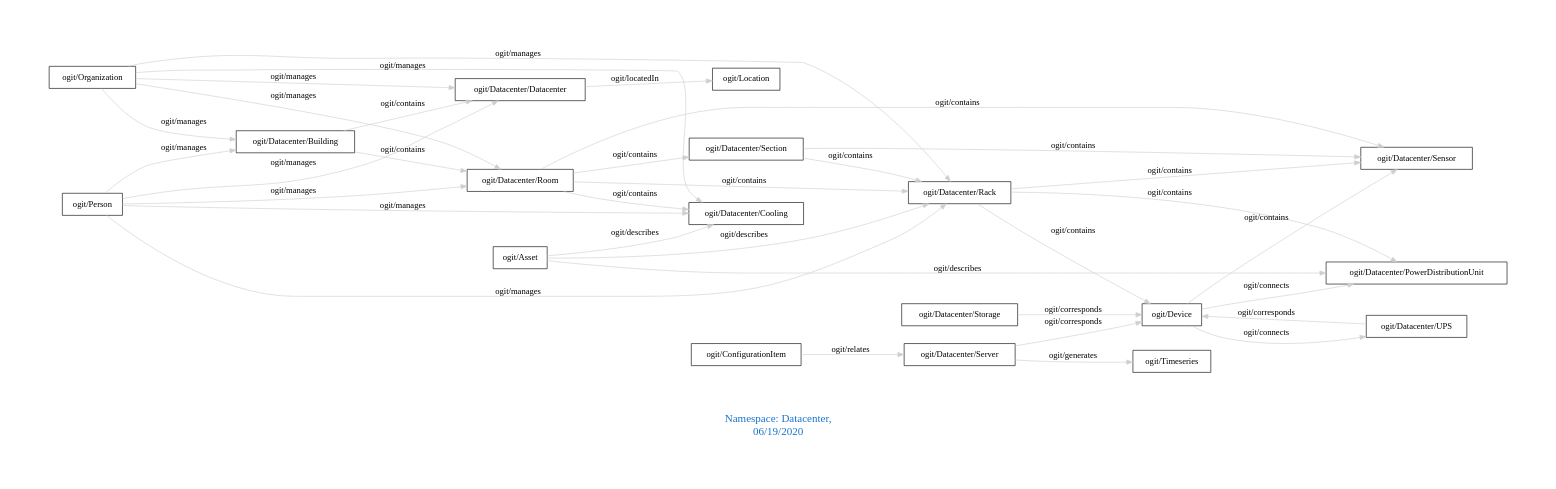
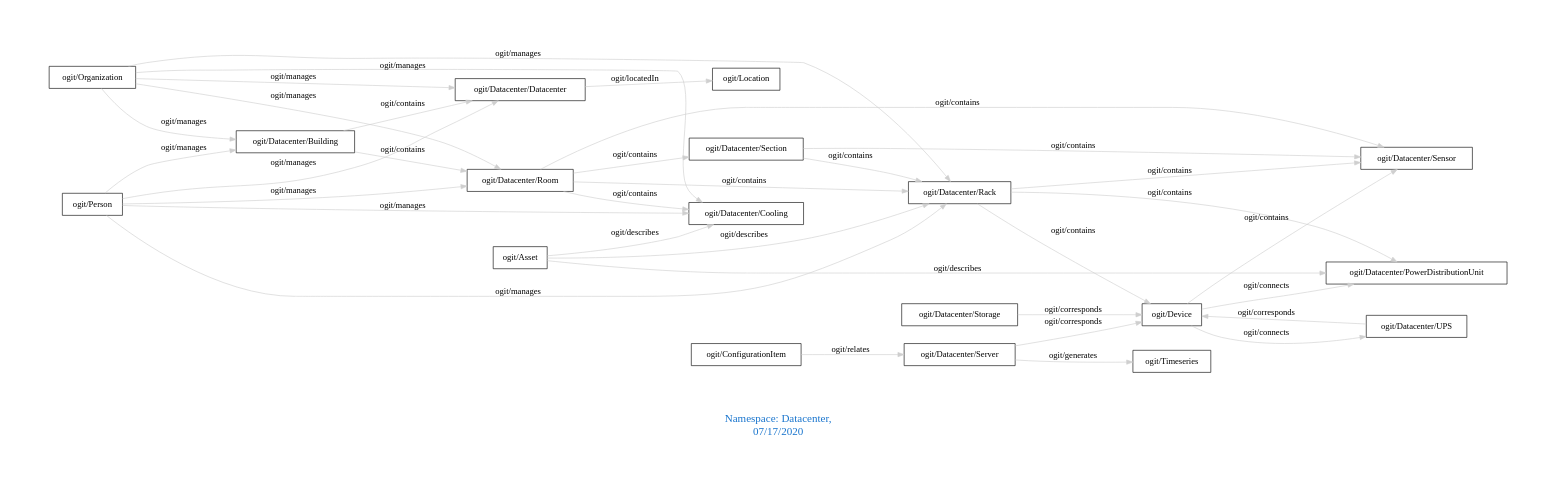
One commit to arago/OGIT changed the diagram in downloads/Datacenter.dot. Above: the diagram before and after it, drawn with Graphviz. The commit also changed 1777 other files, not shown here.

```diff
--- a/downloads/Datacenter.dot
+++ b/downloads/Datacenter.dot
@@ -1,41 +1,41 @@
 digraph OGIT_ontology {
  graph [ rankdir= LR,pad=1 
 fontsize = 18,
-fontcolor= dodgerblue3,label = "\n\n\nNamespace: Datacenter, \n 06/19/2020"];
+fontcolor= dodgerblue3,label = "\n\n\nNamespace: Datacenter, \n 07/17/2020"];
 node[shape=polygon];
 edge [  color="gray81"];
 
    "ogit/Datacenter/Building" -> "ogit/Datacenter/Datacenter" [label="   ogit/contains    "];
    "ogit/Datacenter/Building" -> "ogit/Datacenter/Room" [label="   ogit/contains    "];
    "ogit/Datacenter/Rack" -> "ogit/Datacenter/Sensor" [label="   ogit/contains    "];
    "ogit/Datacenter/Rack" -> "ogit/Datacenter/PowerDistributionUnit" [label="   ogit/contains    "];
    "ogit/Datacenter/Rack" -> "ogit/Device" [label="   ogit/contains    "];
    "ogit/Datacenter/Room" -> "ogit/Datacenter/Rack" [label="   ogit/contains    "];
    "ogit/Datacenter/Room" -> "ogit/Datacenter/Cooling" [label="   ogit/contains    "];
    "ogit/Datacenter/Room" -> "ogit/Datacenter/Sensor" [label="   ogit/contains    "];
    "ogit/Datacenter/Room" -> "ogit/Datacenter/Section" [label="   ogit/contains    "];
    "ogit/Datacenter/Section" -> "ogit/Datacenter/Sensor" [label="   ogit/contains    "];
    "ogit/Datacenter/Section" -> "ogit/Datacenter/Rack" [label="   ogit/contains    "];
    "ogit/Device" -> "ogit/Datacenter/Sensor" [label="   ogit/contains    "];
    "ogit/Organization" -> "ogit/Datacenter/Room" [label="   ogit/manages    "];
    "ogit/Organization" -> "ogit/Datacenter/Rack" [label="   ogit/manages    "];
    "ogit/Organization" -> "ogit/Datacenter/Datacenter" [label="   ogit/manages    "];
    "ogit/Organization" -> "ogit/Datacenter/Cooling" [label="   ogit/manages    "];
    "ogit/Organization" -> "ogit/Datacenter/Building" [label="   ogit/manages    "];
    "ogit/Person" -> "ogit/Datacenter/Room" [label="   ogit/manages    "];
    "ogit/Person" -> "ogit/Datacenter/Rack" [label="   ogit/manages    "];
    "ogit/Person" -> "ogit/Datacenter/Datacenter" [label="   ogit/manages    "];
    "ogit/Person" -> "ogit/Datacenter/Cooling" [label="   ogit/manages    "];
    "ogit/Person" -> "ogit/Datacenter/Building" [label="   ogit/manages    "];
    "ogit/Datacenter/Server" -> "ogit/Timeseries" [label="   ogit/generates    "];
    "ogit/Asset" -> "ogit/Datacenter/Rack" [label="   ogit/describes    "];
    "ogit/Asset" -> "ogit/Datacenter/PowerDistributionUnit" [label="   ogit/describes    "];
    "ogit/Asset" -> "ogit/Datacenter/Cooling" [label="   ogit/describes    "];
    "ogit/Device" -> "ogit/Datacenter/PowerDistributionUnit" [label="   ogit/connects    "];
    "ogit/Device" -> "ogit/Datacenter/UPS" [label="   ogit/connects    "];
    "ogit/Datacenter/Datacenter" -> "ogit/Location" [label="   ogit/locatedIn    "];
    "ogit/Datacenter/Server" -> "ogit/Device" [label="   ogit/corresponds    "];
    "ogit/Datacenter/Storage" -> "ogit/Device" [label="   ogit/corresponds    "];
    "ogit/Datacenter/UPS" -> "ogit/Device" [label="   ogit/corresponds    "];
    "ogit/ConfigurationItem" -> "ogit/Datacenter/Server" [label="   ogit/relates    "];
 }
```
